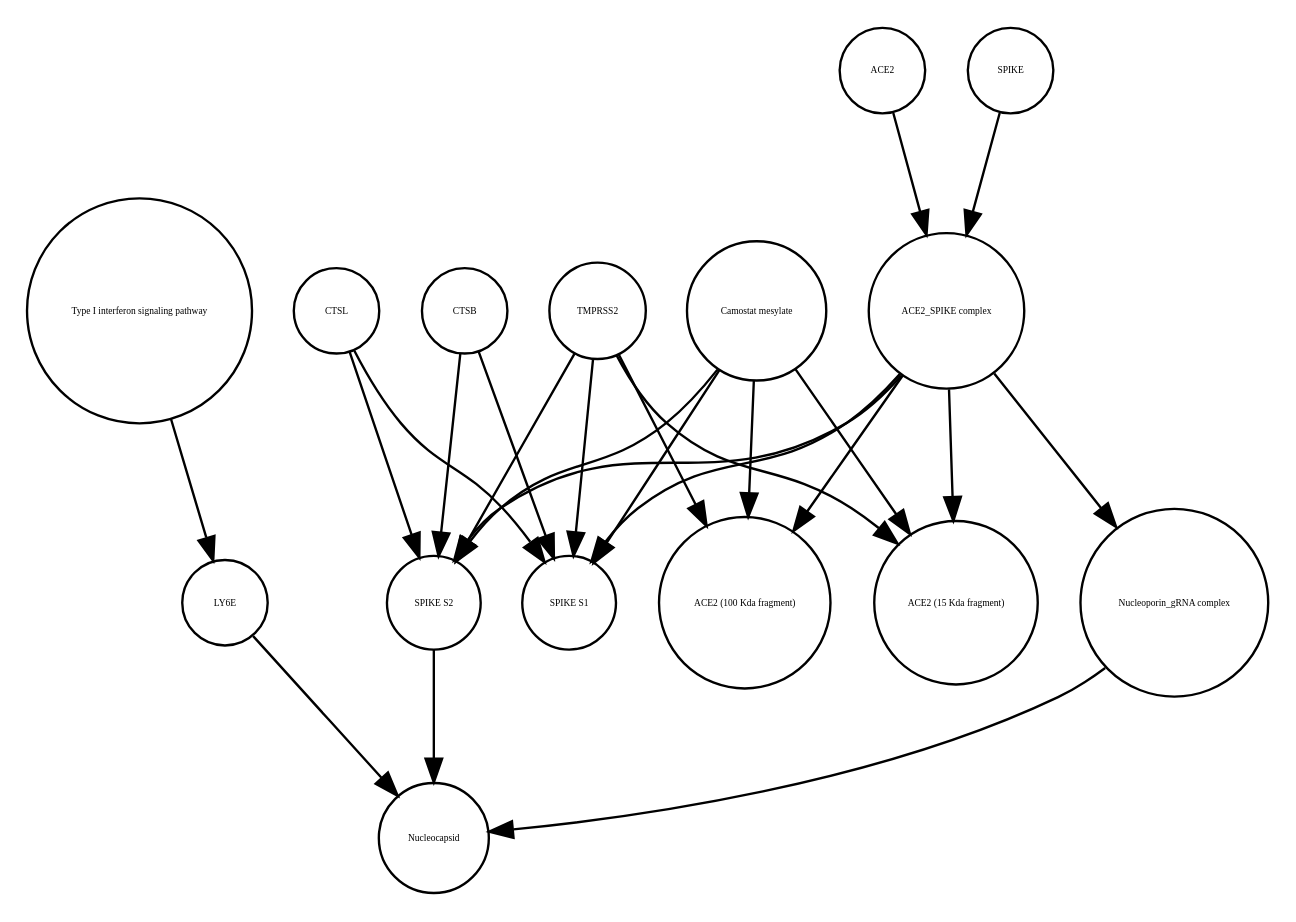
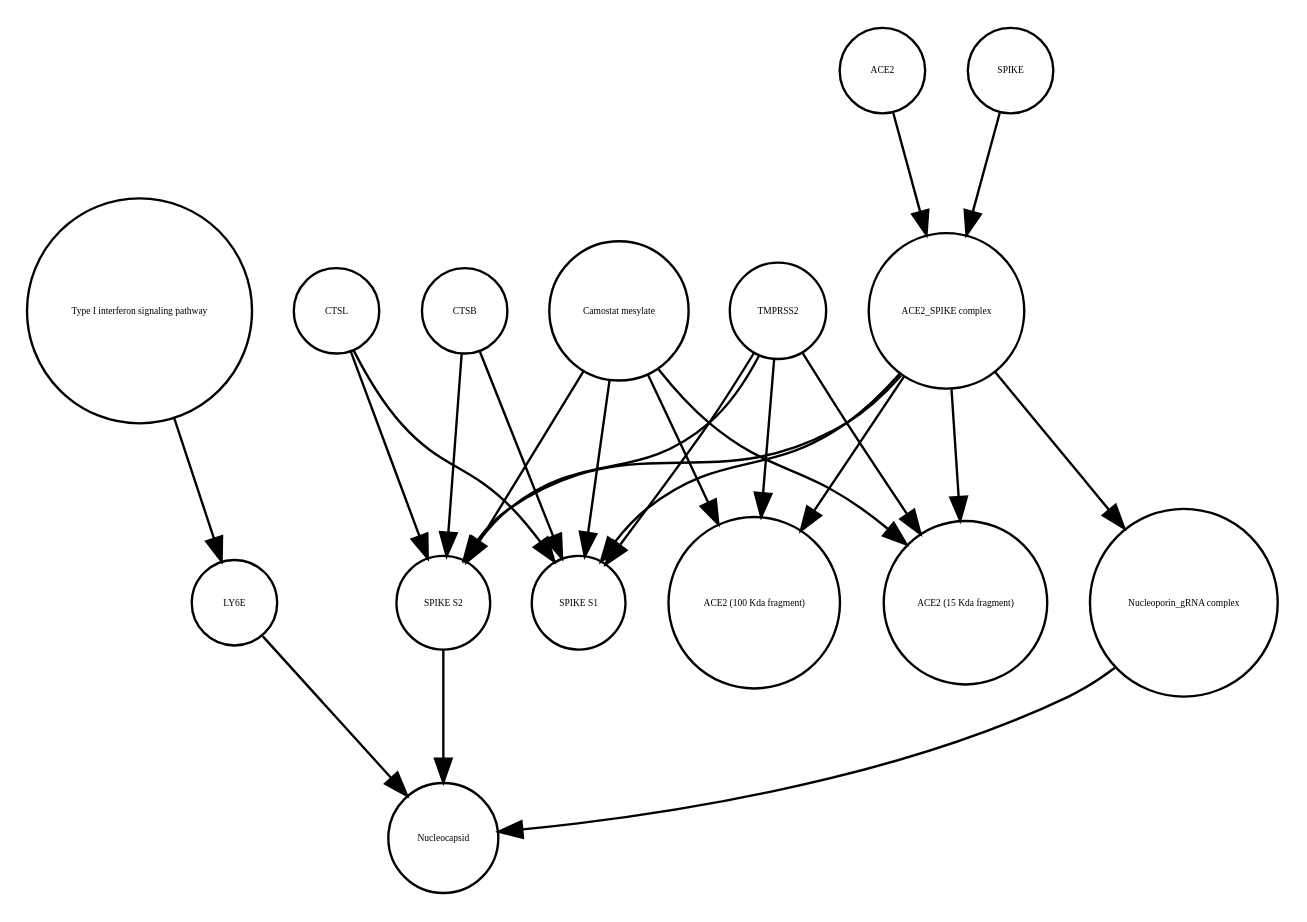
One commit to cannin/covid19-sbgn changed the diagram in Virus_replication_cycle_V02.xml_projected.dot. Above: the diagram before and after it, drawn with Graphviz. The commit also changed 580 other files, not shown here.

```diff
--- a/Virus_replication_cycle_V02.xml_projected.dot
+++ b/Virus_replication_cycle_V02.xml_projected.dot
@@ -1,40 +1,40 @@
 strict digraph  {
 "Type I interferon signaling pathway" [annotation="", bipartite=0, cls=phenotype, fontsize=4, label="Type I interferon signaling pathway", shape=circle];
 LY6E [annotation="", bipartite=0, cls=macromolecule, fontsize=4, label=LY6E, shape=circle];
 "SPIKE S1" [annotation="", bipartite=0, cls=macromolecule, fontsize=4, label="SPIKE S1", shape=circle];
+ACE2 [annotation="", bipartite=0, cls=macromolecule, fontsize=4, label=ACE2, shape=circle];
+"Camostat mesylate" [annotation="urn_miriam_pubchem.compound_2536", bipartite=0, cls="simple chemical", fontsize=4, label="Camostat mesylate", shape=circle];
+"ACE2 (100 Kda fragment)" [annotation="", bipartite=0, cls=macromolecule, fontsize=4, label="ACE2 (100 Kda fragment)", shape=circle];
+SPIKE [annotation="", bipartite=0, cls="macromolecule multimer", fontsize=4, label=SPIKE, shape=circle];
 "Nucleoporin_gRNA complex " [annotation="", bipartite=0, cls=complex, fontsize=4, label="Nucleoporin_gRNA complex ", shape=circle];
-ACE2 [annotation="", bipartite=0, cls=macromolecule, fontsize=4, label=ACE2, shape=circle];
-Nucleocapsid [annotation="", bipartite=0, cls=complex, fontsize=4, label=Nucleocapsid, shape=circle];
+"SPIKE S2" [annotation="", bipartite=0, cls=macromolecule, fontsize=4, label="SPIKE S2", shape=circle];
 CTSB [annotation="", bipartite=0, cls=macromolecule, fontsize=4, label=CTSB, shape=circle];
 CTSL [annotation="", bipartite=0, cls=macromolecule, fontsize=4, label=CTSL, shape=circle];
-"ACE2 (100 Kda fragment)" [annotation="", bipartite=0, cls=macromolecule, fontsize=4, label="ACE2 (100 Kda fragment)", shape=circle];
 TMPRSS2 [annotation="", bipartite=0, cls=macromolecule, fontsize=4, label=TMPRSS2, shape=circle];
-"SPIKE S2" [annotation="", bipartite=0, cls=macromolecule, fontsize=4, label="SPIKE S2", shape=circle];
+"ACE2 (15 Kda fragment)" [annotation="", bipartite=0, cls=macromolecule, fontsize=4, label="ACE2 (15 Kda fragment)", shape=circle];
+Nucleocapsid [annotation="", bipartite=0, cls=complex, fontsize=4, label=Nucleocapsid, shape=circle];
 "ACE2_SPIKE complex" [annotation="", bipartite=0, cls=complex, fontsize=4, label="ACE2_SPIKE complex", shape=circle];
-"ACE2 (15 Kda fragment)" [annotation="", bipartite=0, cls=macromolecule, fontsize=4, label="ACE2 (15 Kda fragment)", shape=circle];
-SPIKE [annotation="", bipartite=0, cls="macromolecule multimer", fontsize=4, label=SPIKE, shape=circle];
-"Camostat mesylate" [annotation="urn_miriam_pubchem.compound_2536", bipartite=0, cls="simple chemical", fontsize=4, label="Camostat mesylate", shape=circle];
 "Type I interferon signaling pathway" -> LY6E  [annotation="", interaction_type=stimulation];
 LY6E -> Nucleocapsid  [annotation="urn_miriam_doi_10.1101%2F2020.03.05.979260|urn_miriam_doi_10.1101%2F2020.04.02.021469", interaction_type=inhibition];
+ACE2 -> "ACE2_SPIKE complex"  [annotation="", interaction_type=production];
+"Camostat mesylate" -> "SPIKE S1"  [annotation="urn_miriam_pubmed_32142651|urn_miriam_pubmed_32094589|urn_miriam_pubmed_24227843", interaction_type=inhibition];
+"Camostat mesylate" -> "SPIKE S2"  [annotation="urn_miriam_pubmed_32142651|urn_miriam_pubmed_32094589|urn_miriam_pubmed_24227843", interaction_type=inhibition];
+"Camostat mesylate" -> "ACE2 (15 Kda fragment)"  [annotation="urn_miriam_pubmed_32142651|urn_miriam_pubmed_32094589|urn_miriam_pubmed_24227843", interaction_type=inhibition];
+"Camostat mesylate" -> "ACE2 (100 Kda fragment)"  [annotation="urn_miriam_pubmed_32142651|urn_miriam_pubmed_32094589|urn_miriam_pubmed_24227843", interaction_type=inhibition];
+SPIKE -> "ACE2_SPIKE complex"  [annotation="", interaction_type=production];
 "Nucleoporin_gRNA complex " -> Nucleocapsid  [annotation="", interaction_type=production];
-ACE2 -> "ACE2_SPIKE complex"  [annotation="", interaction_type=production];
+"SPIKE S2" -> Nucleocapsid  [annotation="", interaction_type=stimulation];
+CTSB -> "SPIKE S1"  [annotation=urn_miriam_pubmed_32142651, interaction_type=catalysis];
 CTSB -> "SPIKE S2"  [annotation=urn_miriam_pubmed_32142651, interaction_type=catalysis];
-CTSB -> "SPIKE S1"  [annotation=urn_miriam_pubmed_32142651, interaction_type=catalysis];
+CTSL -> "SPIKE S1"  [annotation=urn_miriam_pubmed_32142651, interaction_type=catalysis];
 CTSL -> "SPIKE S2"  [annotation=urn_miriam_pubmed_32142651, interaction_type=catalysis];
-CTSL -> "SPIKE S1"  [annotation=urn_miriam_pubmed_32142651, interaction_type=catalysis];
+TMPRSS2 -> "SPIKE S1"  [annotation="urn_miriam_pubmed_32142651|urn_miriam_pubmed_32094589|urn_miriam_pubmed_24227843", interaction_type=catalysis];
 TMPRSS2 -> "SPIKE S2"  [annotation="urn_miriam_pubmed_32142651|urn_miriam_pubmed_32094589|urn_miriam_pubmed_24227843", interaction_type=catalysis];
 TMPRSS2 -> "ACE2 (15 Kda fragment)"  [annotation="urn_miriam_pubmed_32142651|urn_miriam_pubmed_32094589|urn_miriam_pubmed_24227843", interaction_type=catalysis];
 TMPRSS2 -> "ACE2 (100 Kda fragment)"  [annotation="urn_miriam_pubmed_32142651|urn_miriam_pubmed_32094589|urn_miriam_pubmed_24227843", interaction_type=catalysis];
-TMPRSS2 -> "SPIKE S1"  [annotation="urn_miriam_pubmed_32142651|urn_miriam_pubmed_32094589|urn_miriam_pubmed_24227843", interaction_type=catalysis];
-"SPIKE S2" -> Nucleocapsid  [annotation="urn_miriam_doi_10.1101%2F2020.03.05.979260|urn_miriam_doi_10.1101%2F2020.04.02.021469", interaction_type=stimulation];
+"ACE2_SPIKE complex" -> "SPIKE S1"  [annotation="", interaction_type=production];
 "ACE2_SPIKE complex" -> "SPIKE S2"  [annotation="", interaction_type=production];
-"ACE2_SPIKE complex" -> "SPIKE S1"  [annotation="", interaction_type=production];
-"ACE2_SPIKE complex" -> "Nucleoporin_gRNA complex "  [annotation="urn_miriam_pubmed_32142651|urn_miriam_pubmed_32094589", interaction_type=stimulation];
 "ACE2_SPIKE complex" -> "ACE2 (100 Kda fragment)"  [annotation="", interaction_type=production];
 "ACE2_SPIKE complex" -> "ACE2 (15 Kda fragment)"  [annotation="", interaction_type=production];
-SPIKE -> "ACE2_SPIKE complex"  [annotation="", interaction_type=production];
-"Camostat mesylate" -> "SPIKE S2"  [annotation="urn_miriam_pubmed_32142651|urn_miriam_pubmed_32094589|urn_miriam_pubmed_24227843", interaction_type=inhibition];
-"Camostat mesylate" -> "ACE2 (15 Kda fragment)"  [annotation="urn_miriam_pubmed_32142651|urn_miriam_pubmed_32094589|urn_miriam_pubmed_24227843", interaction_type=inhibition];
-"Camostat mesylate" -> "ACE2 (100 Kda fragment)"  [annotation="urn_miriam_pubmed_32142651|urn_miriam_pubmed_32094589|urn_miriam_pubmed_24227843", interaction_type=inhibition];
-"Camostat mesylate" -> "SPIKE S1"  [annotation="urn_miriam_pubmed_32142651|urn_miriam_pubmed_32094589|urn_miriam_pubmed_24227843", interaction_type=inhibition];
+"ACE2_SPIKE complex" -> "Nucleoporin_gRNA complex "  [annotation="urn_miriam_pubmed_32142651|urn_miriam_pubmed_32094589", interaction_type=stimulation];
 }
```
